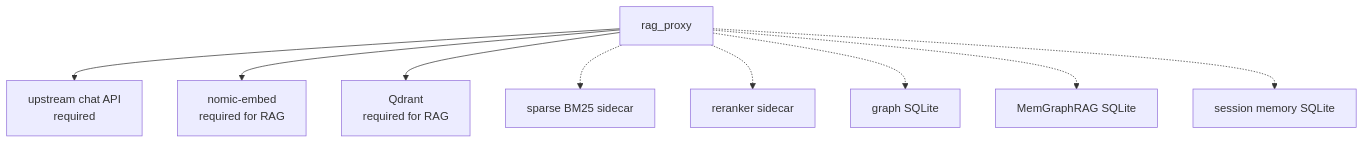
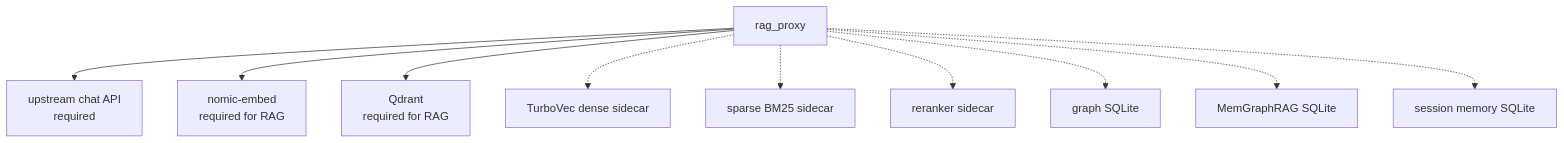
One commit to AtticusG3/rag-proxy changed the fourth of 5 diagrams in docs/architecture.md. Above: the diagram before and after it, drawn with Mermaid. The commit also changed other lines of this file and 11 other files, not shown here.

First line of the commit message:
docs: sync guides with TurboVec, capacity planning, and codemaps

````diff
--- a/docs/architecture.md
+++ b/docs/architecture.md
@@ -119,12 +122,13 @@
 ```mermaid
 flowchart TB
   RP["rag_proxy"]
   RP --> LS["upstream chat API\nrequired"]
   RP --> EM["nomic-embed\nrequired for RAG"]
   RP --> QD["Qdrant\nrequired for RAG"]
+  RP -.-> TV["TurboVec dense sidecar"]
   RP -.-> SP["sparse BM25 sidecar"]
   RP -.-> RR["reranker sidecar"]
   RP -.-> GR["graph SQLite"]
   RP -.-> MG["MemGraphRAG SQLite"]
   RP -.-> MEM["session memory SQLite"]
 ```
````
